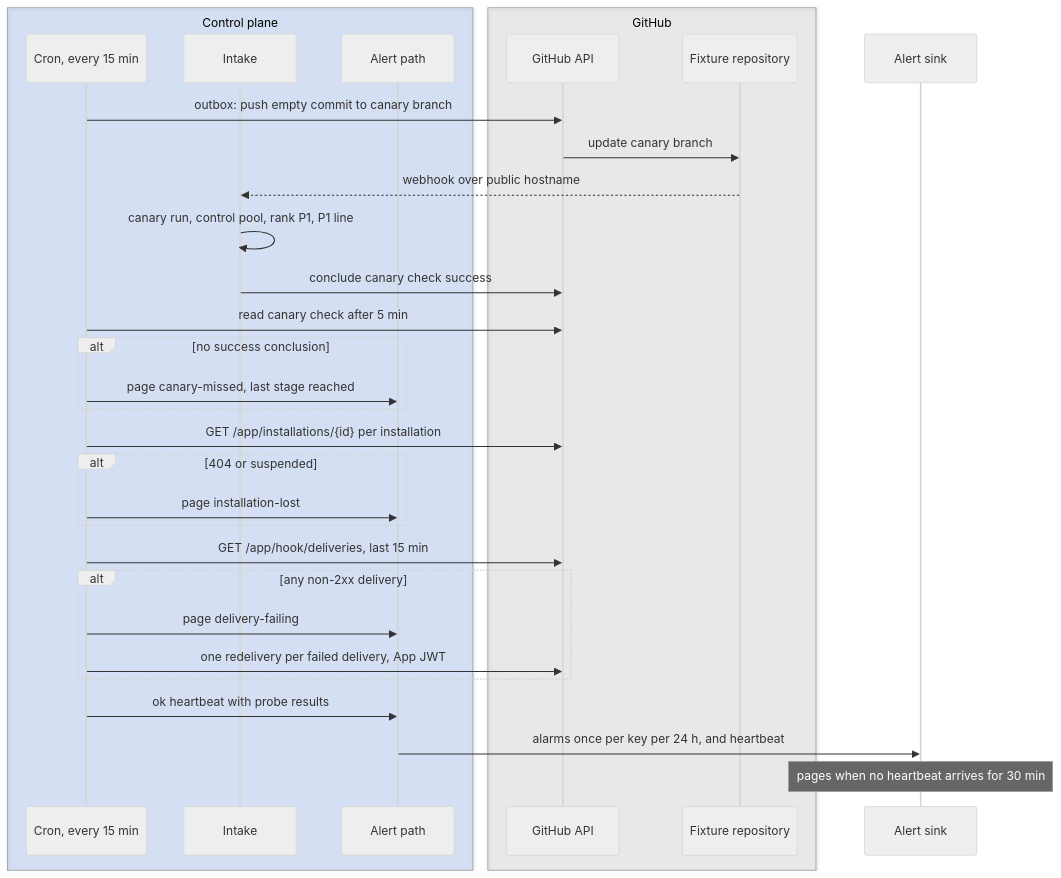
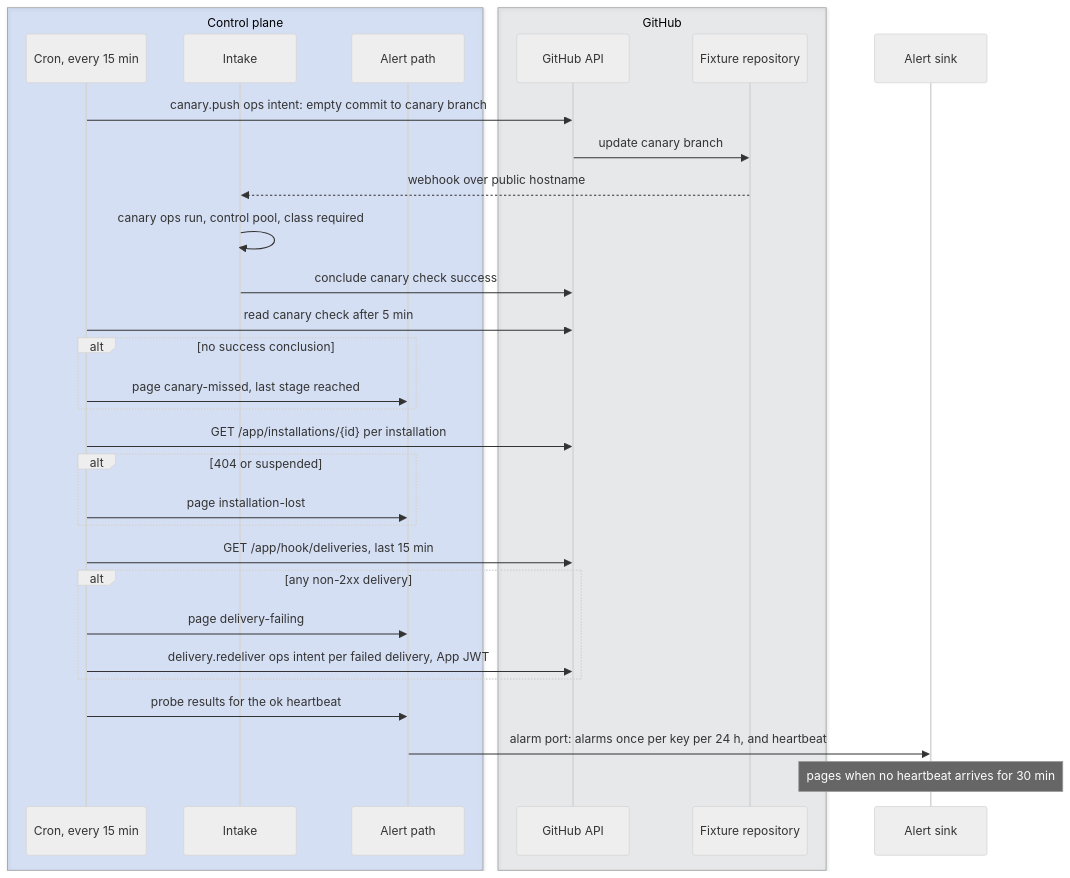
Before and after one commit to fractalboxdev/flare-dispatch: the third of 3 diagrams in specs/operability.md, drawn with Mermaid (neutral theme). The commit also changed other lines of this file and 45 other files, not shown here.

````diff
--- a/specs/operability.md
+++ b/specs/operability.md
@@ -175,35 +174,35 @@
 ```mermaid
 sequenceDiagram
   accTitle: The canary, installation probe and delivery probe feed one alert path
   box rgba(37,99,235,0.15) Control plane
     participant CRON as Cron, every 15 min
     participant IN as Intake
     participant AL as Alert path
   end
   box rgba(156,163,175,0.15) GitHub
     participant API as GitHub API
     participant FIX as Fixture repository
   end
   participant SINK as Alert sink
-  CRON->>API: outbox: push empty commit to canary branch
+  CRON->>API: canary.push ops intent: empty commit to canary branch
   API->>FIX: update canary branch
   FIX-->>IN: webhook over public hostname
-  IN->>IN: canary run, control pool, rank P1, P1 line
+  IN->>IN: canary ops run, control pool, class required
   IN->>API: conclude canary check success
   CRON->>API: read canary check after 5 min
   alt no success conclusion
     CRON->>AL: page canary-missed, last stage reached
   end
   CRON->>API: GET /app/installations/{id} per installation
   alt 404 or suspended
     CRON->>AL: page installation-lost
   end
   CRON->>API: GET /app/hook/deliveries, last 15 min
   alt any non-2xx delivery
     CRON->>AL: page delivery-failing
-    CRON->>API: one redelivery per failed delivery, App JWT
+    CRON->>API: delivery.redeliver ops intent per failed delivery, App JWT
   end
-  CRON->>AL: ok heartbeat with probe results
-  AL->>SINK: alarms once per key per 24 h, and heartbeat
+  CRON->>AL: probe results for the ok heartbeat
+  AL->>SINK: alarm port: alarms once per key per 24 h, and heartbeat
   Note over SINK: pages when no heartbeat arrives for 30 min
 ```
````
